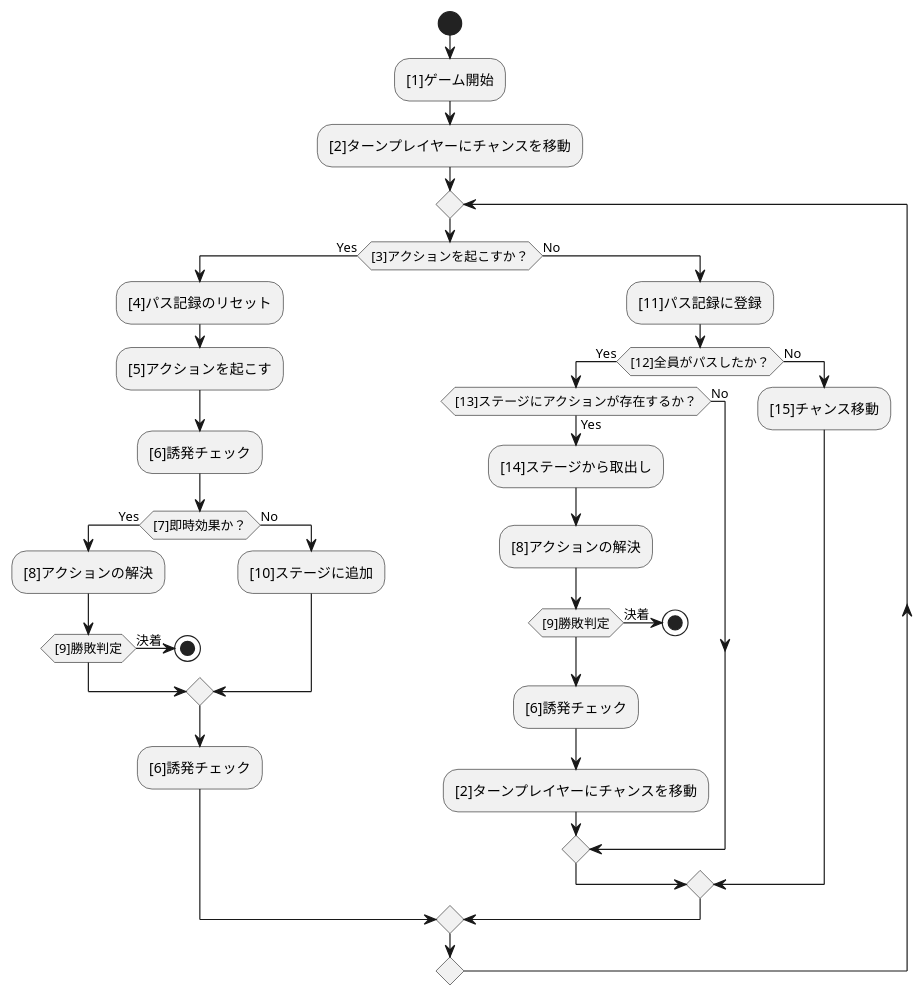
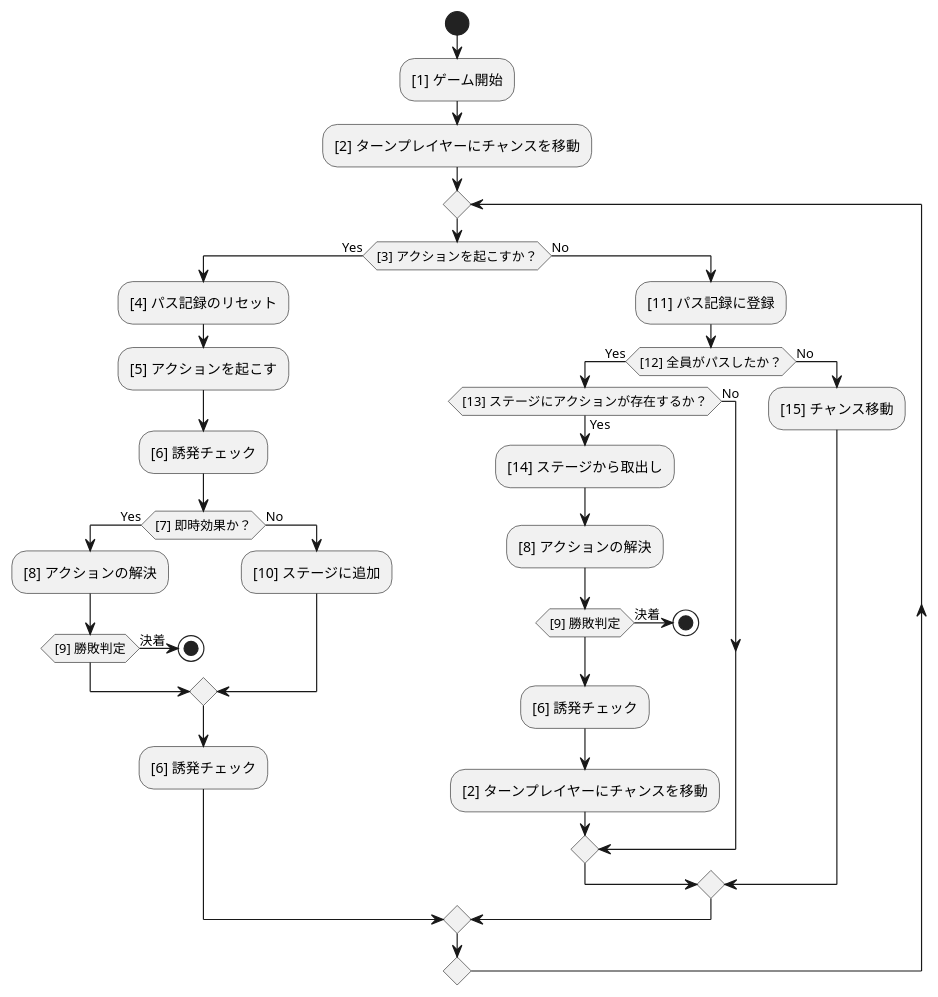
Before and after one commit to BlackPoker/BlackPoker: the diagram in source/core/coreflow.puml, drawn with PlantUML. The commit also changed 1 other file, not shown here.

```diff
--- a/source/core/coreflow.puml
+++ b/source/core/coreflow.puml
@@ -1,37 +1,37 @@
 @startuml
 start
-:[1]ゲーム開始;
-:[2]ターンプレイヤーにチャンスを移動;
+:[1] ゲーム開始;
+:[2] ターンプレイヤーにチャンスを移動;
 repeat
-if ([3]アクションを起こすか？) then (Yes)
-    :[4]パス記録のリセット;
-    :[5]アクションを起こす;
-    :[6]誘発チェック;
-    if ([7]即時効果か？) then (Yes)
-        :[8]アクションの解決;
-        if ([9]勝敗判定) then (決着)
+if ([3] アクションを起こすか？) then (Yes)
+    :[4] パス記録のリセット;
+    :[5] アクションを起こす;
+    :[6] 誘発チェック;
+    if ([7] 即時効果か？) then (Yes)
+        :[8] アクションの解決;
+        if ([9] 勝敗判定) then (決着)
             stop
         endif
     else (No)
-        :[10]ステージに追加;
+        :[10] ステージに追加;
     endif
-    :[6]誘発チェック;
+    :[6] 誘発チェック;
 else (No)
-    :[11]パス記録に登録;
-    if ([12]全員がパスしたか？) then (Yes)
-        if ([13]ステージにアクションが存在するか？) then (Yes)
-            :[14]ステージから取出し;
-            :[8]アクションの解決;
-            if ([9]勝敗判定) then (決着)
+    :[11] パス記録に登録;
+    if ([12] 全員がパスしたか？) then (Yes)
+        if ([13] ステージにアクションが存在するか？) then (Yes)
+            :[14] ステージから取出し;
+            :[8] アクションの解決;
+            if ([9] 勝敗判定) then (決着)
                 stop
             endif
-            :[6]誘発チェック;
-            :[2]ターンプレイヤーにチャンスを移動;
+            :[6] 誘発チェック;
+            :[2] ターンプレイヤーにチャンスを移動;
         else (No)
         endif
     else (No)
-        :[15]チャンス移動;
+        :[15] チャンス移動;
     endif
 endif
 repeat while()
 @enduml
```
